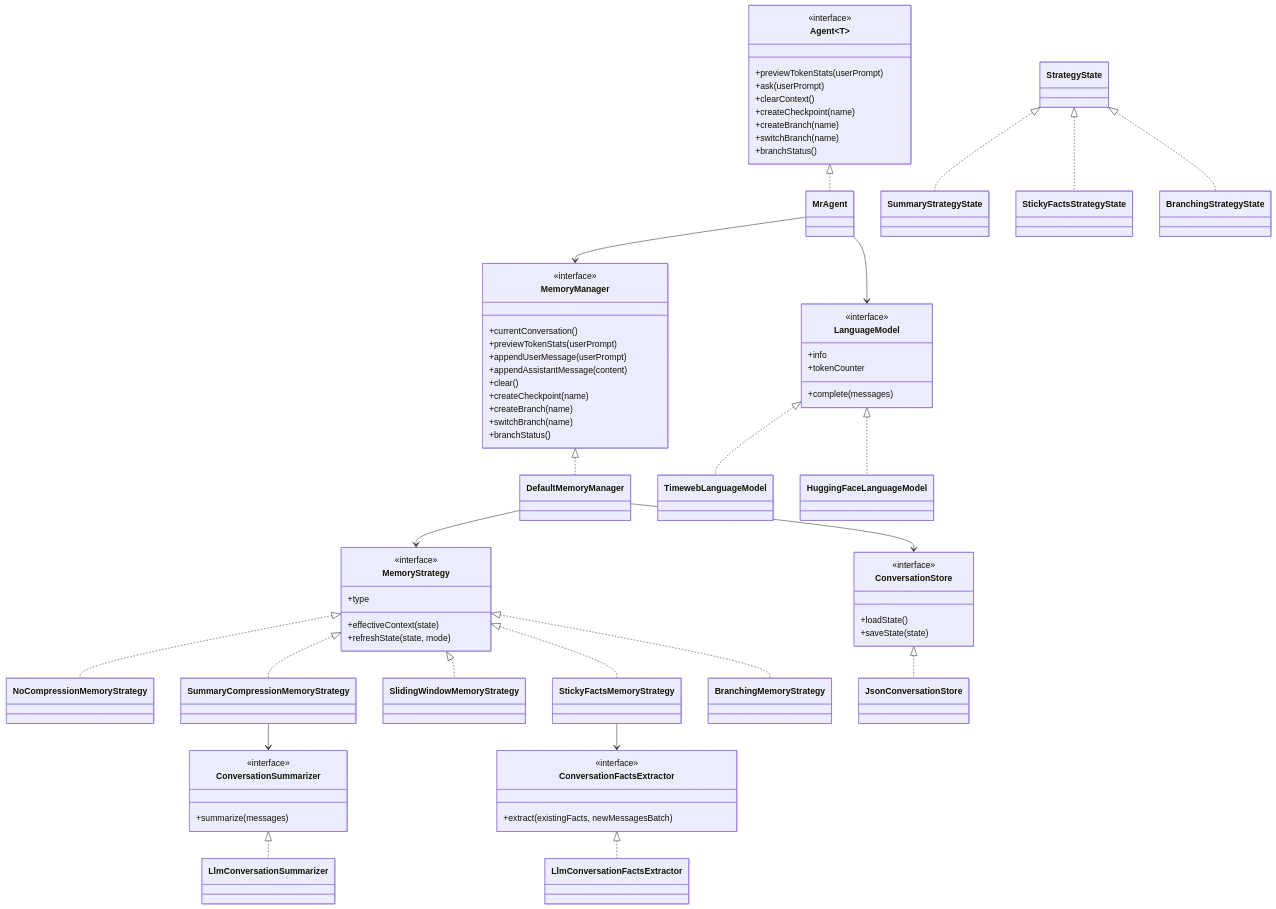
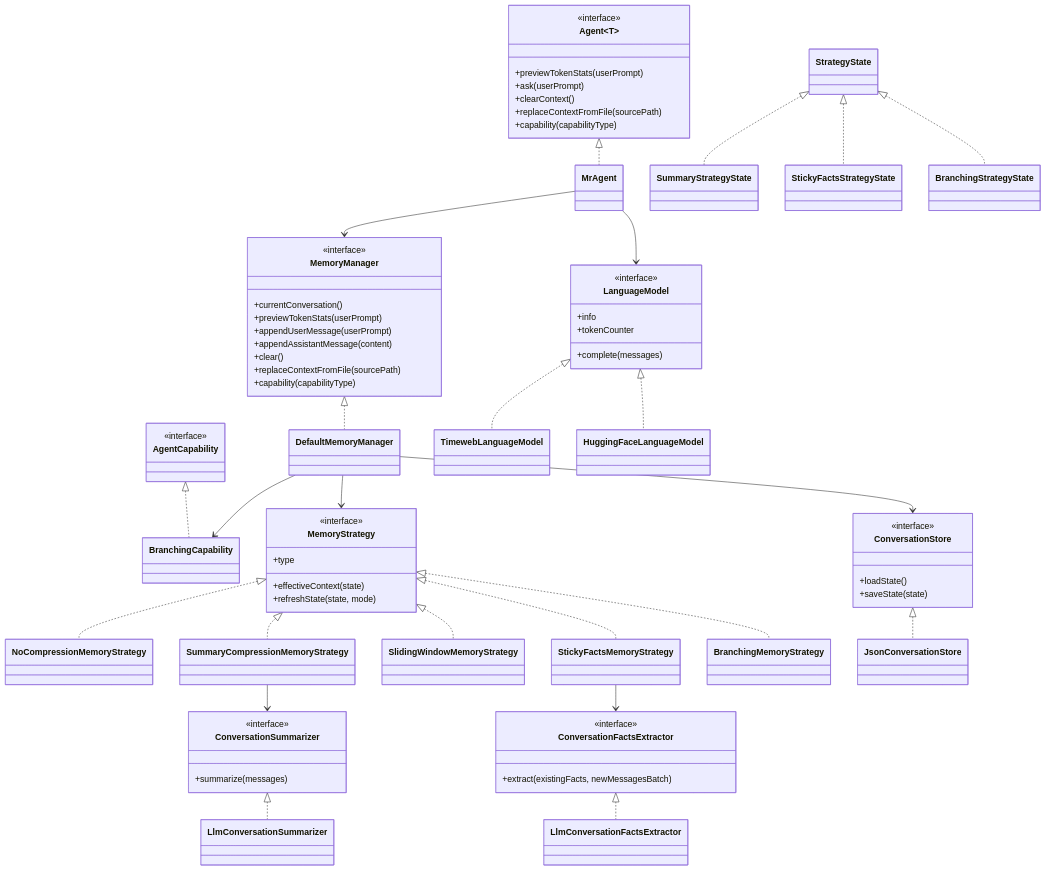
Before and after one commit to karateka-git/ai_advent_day_10: the third of 3 diagrams in README.md, drawn with Mermaid. The commit also changed other lines of this file and 1 other file, not shown here.

Commit message:
Refresh README and fix branching comparison step limit

````diff
--- a/README.md
+++ b/README.md
@@ -292,10 +347,8 @@
       +previewTokenStats(userPrompt)
       +ask(userPrompt)
       +clearContext()
-      +createCheckpoint(name)
-      +createBranch(name)
-      +switchBranch(name)
-      +branchStatus()
+      +replaceContextFromFile(sourcePath)
+      +capability(capabilityType)
     }
     class MrAgent
 
@@ -306,12 +359,15 @@
       +appendUserMessage(userPrompt)
       +appendAssistantMessage(content)
       +clear()
-      +createCheckpoint(name)
-      +createBranch(name)
-      +switchBranch(name)
-      +branchStatus()
+      +replaceContextFromFile(sourcePath)
+      +capability(capabilityType)
     }
     class DefaultMemoryManager
+
+    class AgentCapability {
+      <<interface>>
+    }
+    class BranchingCapability
 
     class MemoryStrategy {
       <<interface>>
@@ -360,6 +416,7 @@
 
     Agent <|.. MrAgent
     MemoryManager <|.. DefaultMemoryManager
+    AgentCapability <|.. BranchingCapability
     MemoryStrategy <|.. NoCompressionMemoryStrategy
     MemoryStrategy <|.. SummaryCompressionMemoryStrategy
     MemoryStrategy <|.. SlidingWindowMemoryStrategy
@@ -378,6 +435,7 @@
     MrAgent --> LanguageModel
     DefaultMemoryManager --> MemoryStrategy
     DefaultMemoryManager --> ConversationStore
+    DefaultMemoryManager --> BranchingCapability
     SummaryCompressionMemoryStrategy --> ConversationSummarizer
     StickyFactsMemoryStrategy --> ConversationFactsExtractor
 ```
````
